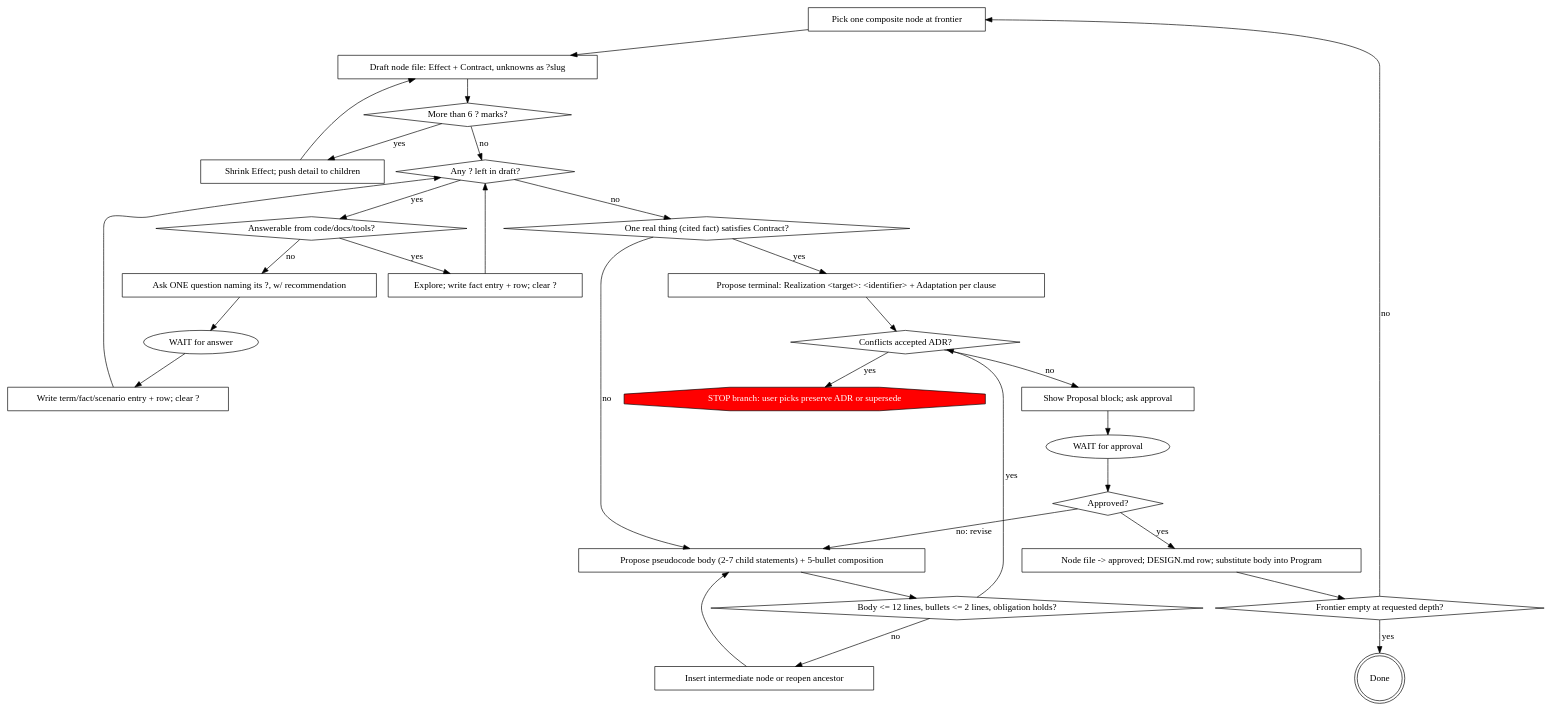
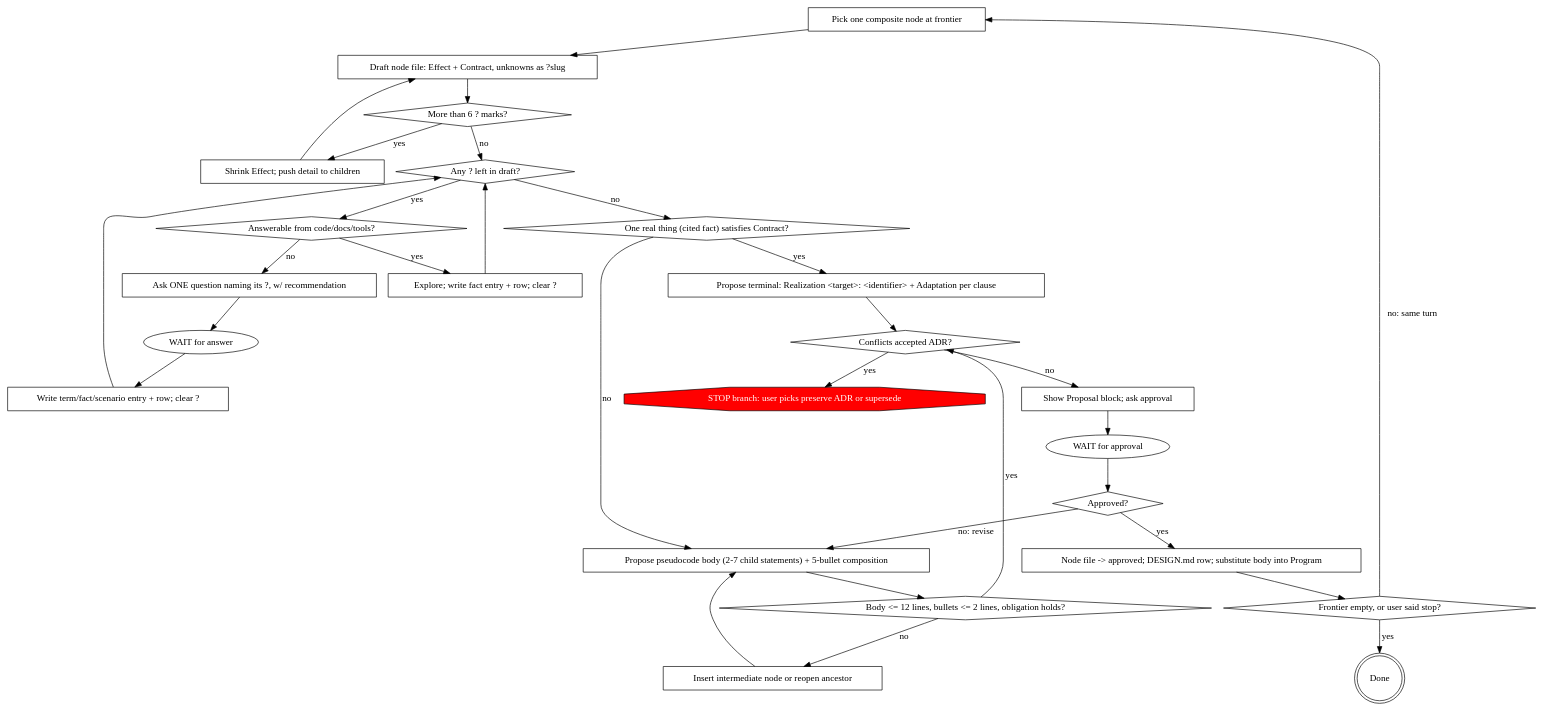
Before and after one commit to HollandDM/my-skills: the diagram in constructing-software-stepwise/skills/constructing-software-stepwise/SKILL.md, drawn with Graphviz. The commit also changed other lines of this file, not shown here.

First line of the commit message:
fix(constructing-software-stepwise): keep refining after approval until frontier empty

````diff
--- a/constructing-software-stepwise/skills/constructing-software-stepwise/SKILL.md
+++ b/constructing-software-stepwise/skills/constructing-software-stepwise/SKILL.md
@@ -75,57 +77,57 @@
 ```dot
 digraph refine {
     "Pick one composite node at frontier" [shape=box];
     "Draft node file: Effect + Contract, unknowns as ?slug" [shape=box];
     "More than 6 ? marks?" [shape=diamond];
     "Shrink Effect; push detail to children" [shape=box];
     "Any ? left in draft?" [shape=diamond];
     "Answerable from code/docs/tools?" [shape=diamond];
     "Explore; write fact entry + row; clear ?" [shape=box];
     "Ask ONE question naming its ?, w/ recommendation" [shape=box];
     "WAIT for answer" [shape=ellipse];
     "Write term/fact/scenario entry + row; clear ?" [shape=box];
     "One real thing (cited fact) satisfies Contract?" [shape=diamond];
     "Propose terminal: Realization <target>: <identifier> + Adaptation per clause" [shape=box];
     "Propose pseudocode body (2-7 child statements) + 5-bullet composition" [shape=box];
     "Body <= 12 lines, bullets <= 2 lines, obligation holds?" [shape=diamond];
     "Insert intermediate node or reopen ancestor" [shape=box];
     "Conflicts accepted ADR?" [shape=diamond];
     "STOP branch: user picks preserve ADR or supersede" [shape=octagon, style=filled, fillcolor=red, fontcolor=white];
     "Show Proposal block; ask approval" [shape=box];
     "WAIT for approval" [shape=ellipse];
     "Approved?" [shape=diamond];
     "Node file -> approved; DESIGN.md row; substitute body into Program" [shape=box];
-    "Frontier empty at requested depth?" [shape=diamond];
+    "Frontier empty, or user said stop?" [shape=diamond];
     "Done" [shape=doublecircle];
 
     "Pick one composite node at frontier" -> "Draft node file: Effect + Contract, unknowns as ?slug";
     "Draft node file: Effect + Contract, unknowns as ?slug" -> "More than 6 ? marks?";
     "More than 6 ? marks?" -> "Shrink Effect; push detail to children" [label="yes"];
     "Shrink Effect; push detail to children" -> "Draft node file: Effect + Contract, unknowns as ?slug";
     "More than 6 ? marks?" -> "Any ? left in draft?" [label="no"];
     "Any ? left in draft?" -> "Answerable from code/docs/tools?" [label="yes"];
     "Answerable from code/docs/tools?" -> "Explore; write fact entry + row; clear ?" [label="yes"];
     "Explore; write fact entry + row; clear ?" -> "Any ? left in draft?";
     "Answerable from code/docs/tools?" -> "Ask ONE question naming its ?, w/ recommendation" [label="no"];
     "Ask ONE question naming its ?, w/ recommendation" -> "WAIT for answer";
     "WAIT for answer" -> "Write term/fact/scenario entry + row; clear ?";
     "Write term/fact/scenario entry + row; clear ?" -> "Any ? left in draft?";
     "Any ? left in draft?" -> "One real thing (cited fact) satisfies Contract?" [label="no"];
     "One real thing (cited fact) satisfies Contract?" -> "Propose terminal: Realization <target>: <identifier> + Adaptation per clause" [label="yes"];
     "Propose terminal: Realization <target>: <identifier> + Adaptation per clause" -> "Conflicts accepted ADR?";
     "One real thing (cited fact) satisfies Contract?" -> "Propose pseudocode body (2-7 child statements) + 5-bullet composition" [label="no"];
     "Propose pseudocode body (2-7 child statements) + 5-bullet composition" -> "Body <= 12 lines, bullets <= 2 lines, obligation holds?";
     "Body <= 12 lines, bullets <= 2 lines, obligation holds?" -> "Insert intermediate node or reopen ancestor" [label="no"];
     "Insert intermediate node or reopen ancestor" -> "Propose pseudocode body (2-7 child statements) + 5-bullet composition";
     "Body <= 12 lines, bullets <= 2 lines, obligation holds?" -> "Conflicts accepted ADR?" [label="yes"];
     "Conflicts accepted ADR?" -> "STOP branch: user picks preserve ADR or supersede" [label="yes"];
     "Conflicts accepted ADR?" -> "Show Proposal block; ask approval" [label="no"];
     "Show Proposal block; ask approval" -> "WAIT for approval";
     "WAIT for approval" -> "Approved?";
     "Approved?" -> "Propose pseudocode body (2-7 child statements) + 5-bullet composition" [label="no: revise"];
     "Approved?" -> "Node file -> approved; DESIGN.md row; substitute body into Program" [label="yes"];
-    "Node file -> approved; DESIGN.md row; substitute body into Program" -> "Frontier empty at requested depth?";
-    "Frontier empty at requested depth?" -> "Done" [label="yes"];
-    "Frontier empty at requested depth?" -> "Pick one composite node at frontier" [label="no"];
+    "Node file -> approved; DESIGN.md row; substitute body into Program" -> "Frontier empty, or user said stop?";
+    "Frontier empty, or user said stop?" -> "Done" [label="yes"];
+    "Frontier empty, or user said stop?" -> "Pick one composite node at frontier" [label="no: same turn"];
 }
 ```
````
